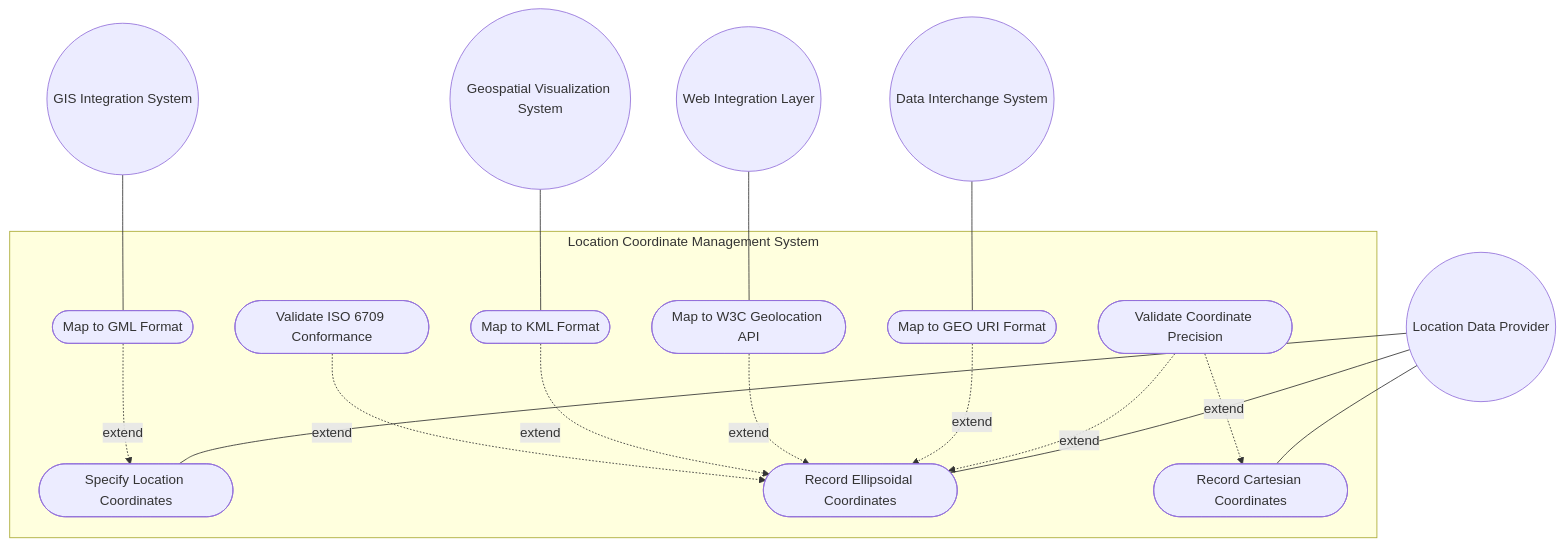
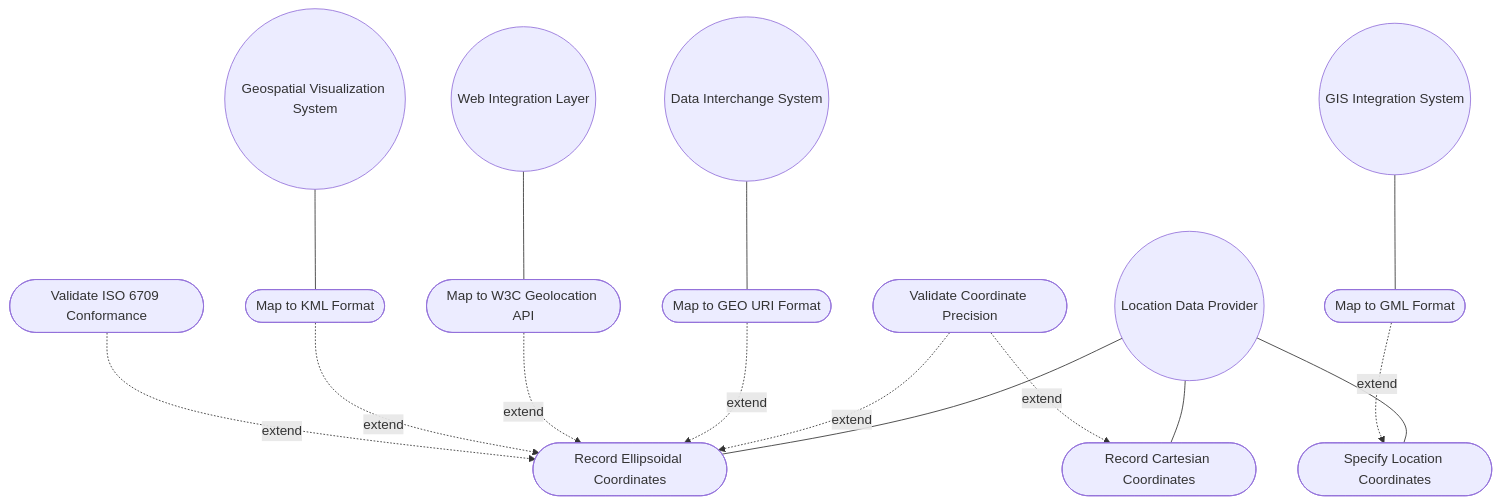
Before and after one commit to gintatkinson/3dgs-030: the first of 2 diagrams in docs/use-cases/uc-09-location-coordinate-specification.md, drawn with Mermaid. The commit also changed 20 other files, not shown here.

First line of the commit message:
fix: repair Mermaid rendering across all 18 use cases and 5 topology features

````diff
--- a/docs/use-cases/uc-09-location-coordinate-specification.md
+++ b/docs/use-cases/uc-09-location-coordinate-specification.md
@@ -118,28 +118,26 @@
 ```mermaid
 graph TD
-    subgraph System["Location Coordinate Management System"]
         UC01([Specify Location Coordinates])
         UC02([Record Ellipsoidal Coordinates])
         UC03([Record Cartesian Coordinates])
         UC04([Validate Coordinate Precision])
         UC05([Map to GEO URI Format])
         UC06([Map to W3C Geolocation API])
         UC07([Map to GML Format])
         UC08([Map to KML Format])
         UC09([Validate ISO 6709 Conformance])
-    end
     Provider((Location Data Provider)) --- UC01
     Provider --- UC02
     Provider --- UC03
     UC04 -. "extend" .-> UC02
     UC04 -. "extend" .-> UC03
     UC05 -. "extend" .-> UC02
     UC06 -. "extend" .-> UC02
     UC07 -. "extend" .-> UC01
     UC08 -. "extend" .-> UC02
     UC09 -. "extend" .-> UC02
     Interchange((Data Interchange System)) --- UC05
     WebLayer((Web Integration Layer)) --- UC06
     GIS((GIS Integration System)) --- UC07
     Viz((Geospatial Visualization System)) --- UC08
 ```
````
